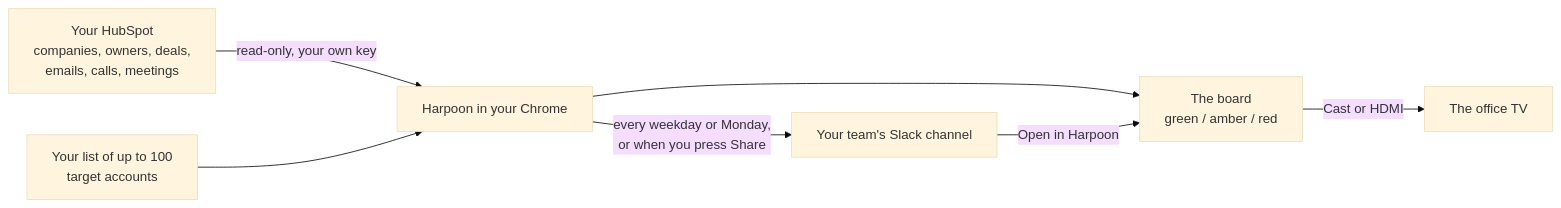
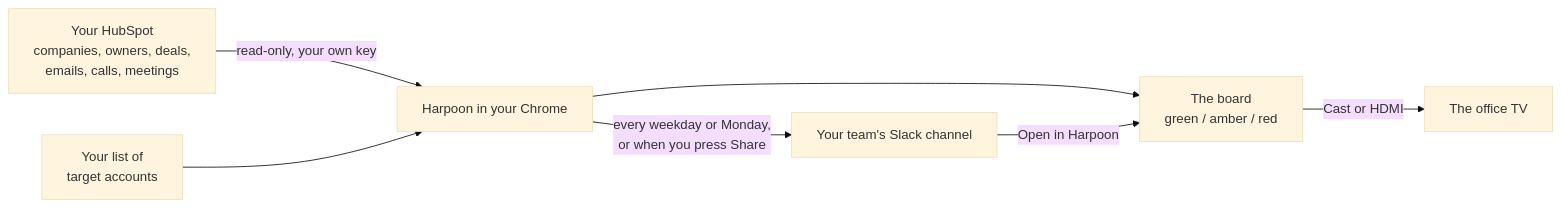
The diagram in README.md (georgepohl2-design/harpoon-for-hubspot-sales), drawn with Mermaid (base theme) before and after one commit. The commit also changed other lines of this file and 12 other files, not shown here.

First line of the commit message:
Harpoon that whale! New colours on the mast, and charts to the new harbour

````diff
--- a/README.md
+++ b/README.md
@@ -158,9 +164,9 @@
 ```mermaid
 flowchart LR
     A[Your HubSpot<br>companies, owners, deals,<br>emails, calls, meetings] -->|read-only, your own key| B[Harpoon in your Chrome]
-    L[Your list of up to 100<br>target accounts] --> B
+    L[Your list of<br>target accounts] --> B
     B --> C[The board<br>green / amber / red]
     B -->|every weekday or Monday,<br>or when you press Share| D[Your team's Slack channel]
     C -->|Cast or HDMI| E[The office TV]
     D -->|Open in Harpoon| C
 ```
````
